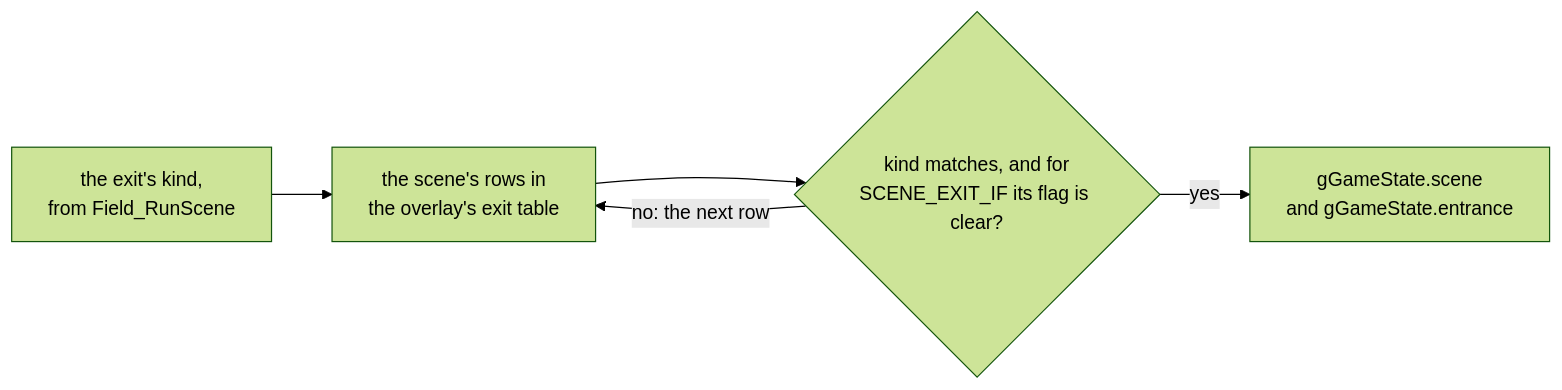
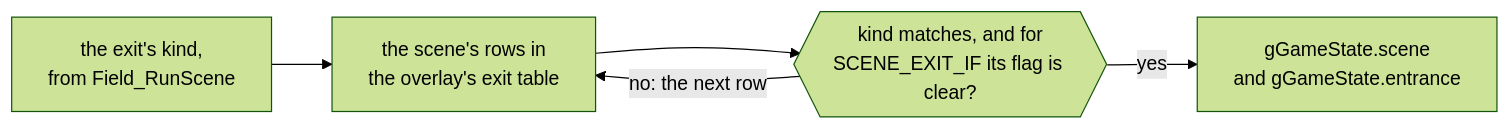
One commit to PascalPixel/alchemy changed the second of 2 diagrams in games/tbs/README.md. Above: the diagram before and after it, drawn with Mermaid (forest theme). The commit also changed other lines of this file and 17 other files, not shown here.

First line of the commit message:
Docs: diagrams that draw on the site

````diff
--- a/games/tbs/README.md
+++ b/games/tbs/README.md
@@ -134,7 +134,7 @@
 ```mermaid
 flowchart LR
     kind["the exit's kind,<br/>from Field_RunScene"] --> rows["the scene's rows in<br/>the overlay's exit table"]
-    rows --> match{"kind matches, and for<br/>SCENE_EXIT_IF its flag is clear?"}
+    rows --> match{{"kind matches, and for<br/>SCENE_EXIT_IF its flag is clear?"}}
     match -->|"no: the next row"| rows
     match -->|yes| next["gGameState.scene<br/>and gGameState.entrance"]
 ```
````
